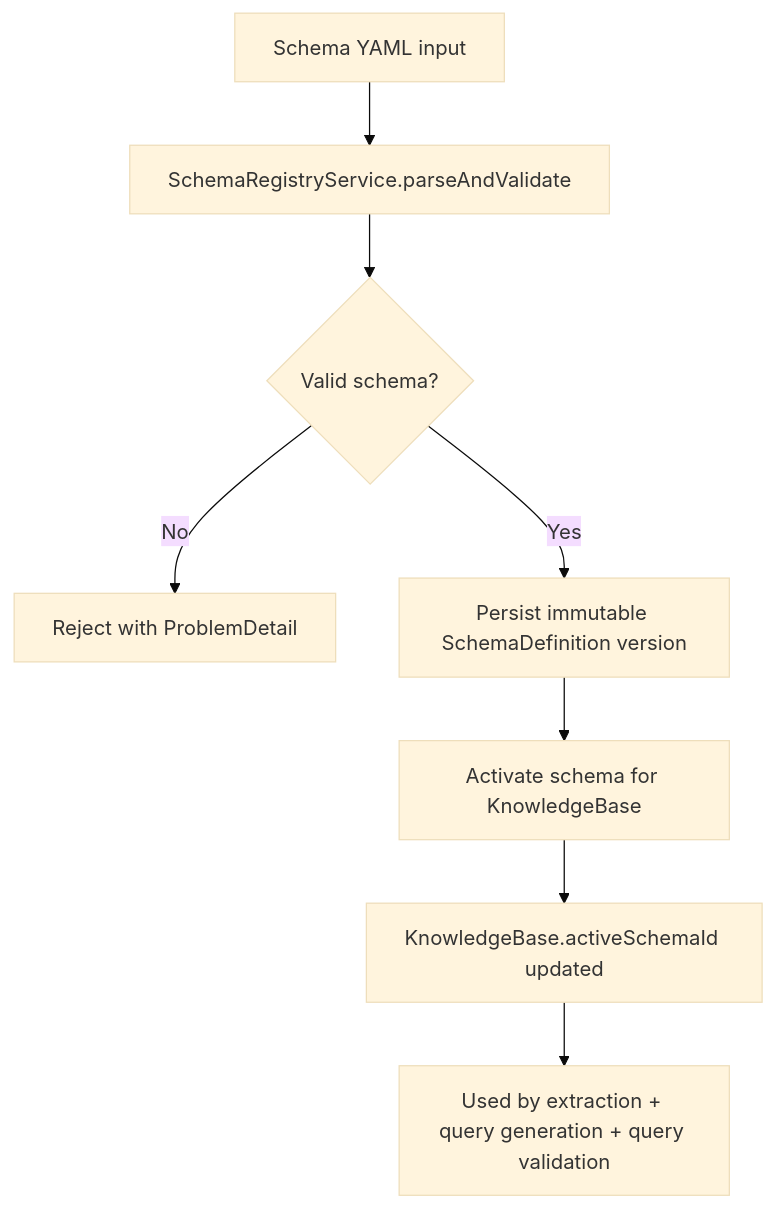
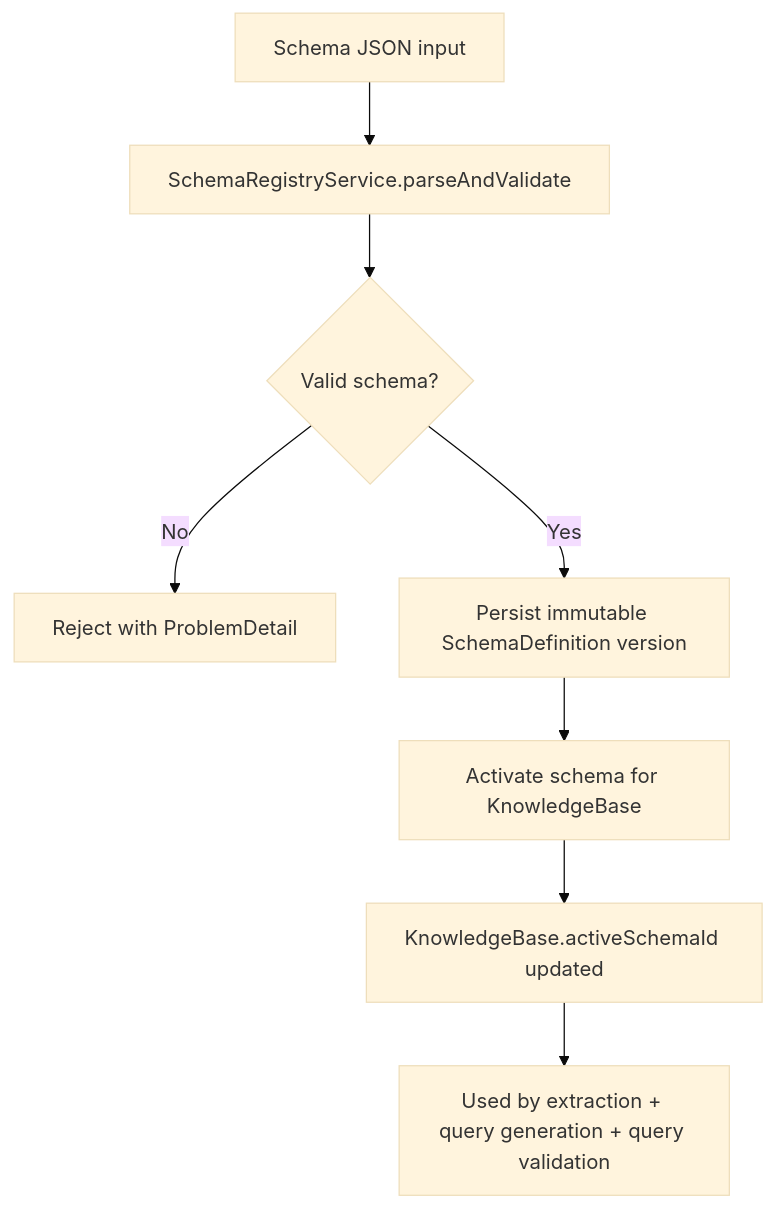
One commit to vfedoriv/graphrag changed the first of 3 diagrams in README.md. Above: the diagram before and after it, drawn with Mermaid (base theme). The commit also changed other lines of this file and 41 other files, not shown here.

Commit message:
migrate schema format from yaml to json

````diff
--- a/README.md
+++ b/README.md
@@ -99,10 +99,10 @@
 ```mermaid
 flowchart TD
-    A[Schema YAML input] --> B[SchemaRegistryService.parseAndValidate]
+    A[Schema JSON input] --> B[SchemaRegistryService.parseAndValidate]
     B --> C{Valid schema?}
     C -- No --> D[Reject with ProblemDetail]
     C -- Yes --> E[Persist immutable SchemaDefinition version]
     E --> F[Activate schema for KnowledgeBase]
     F --> G[KnowledgeBase.activeSchemaId updated]
     G --> H[Used by extraction + query generation + query validation]
 ```
````
